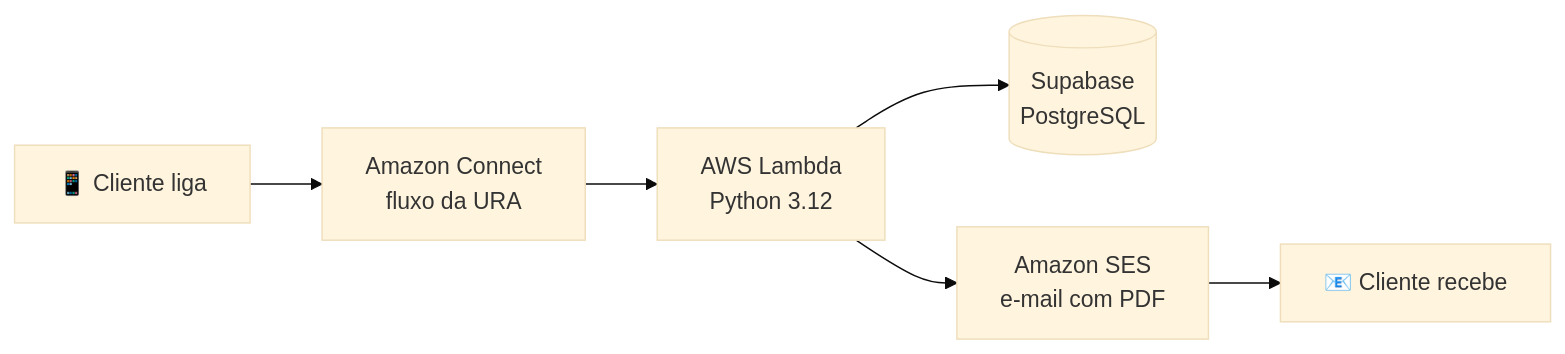
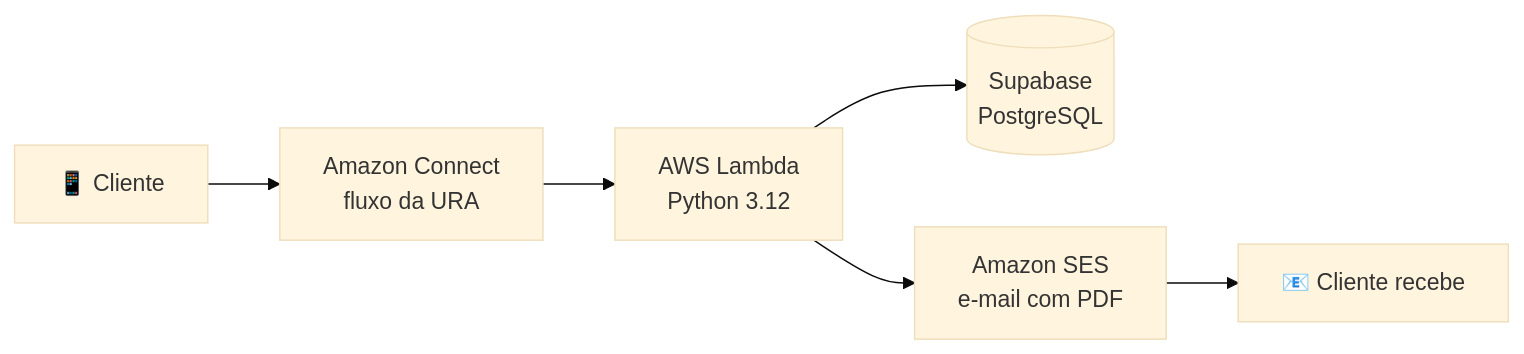
One commit to DayanePereiraCosta/ura-financeira-demo changed the second of 3 diagrams in README.md. Above: the diagram before and after it, drawn with Mermaid (base theme). The commit also changed other lines of this file, not shown here.

````diff
--- a/README.md
+++ b/README.md
@@ -28,8 +46,8 @@
 ```mermaid
 flowchart LR
-    A[📱 Cliente liga] --> B[Amazon Connect<br/>fluxo da URA]
-    B --> C[AWS Lambda<br/>Python 3.12]
-    C --> D[(Supabase<br/>PostgreSQL)]
-    C --> E[Amazon SES<br/>e-mail com PDF]
-    E --> F[📧 Cliente recebe]
+    A["📱 Cliente"] --> B["Amazon Connect<br/>fluxo da URA"]
+    B --> C["AWS Lambda<br/>Python 3.12"]
+    C --> D[("Supabase<br/>PostgreSQL")]
+    C --> E["Amazon SES<br/>e-mail com PDF"]
+    E --> F["📧 Cliente recebe"]
 ```
````
